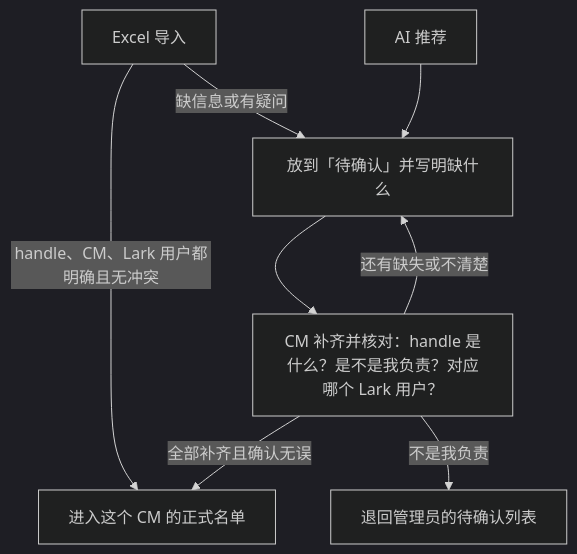
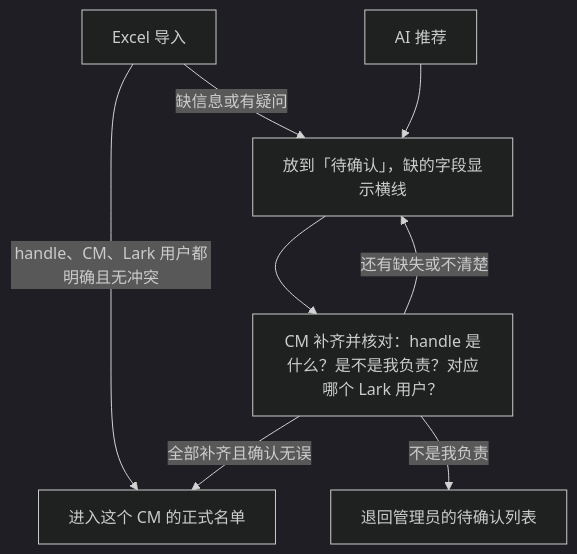
One commit to ttmedialondon/lark-cm-am-assistant changed the diagram in docs/product/creator-cm-two-source-plan-v0.3.md. Above: the diagram before and after it, drawn with Mermaid (dark theme). The commit also changed other lines of this file and 2 other files, not shown here.

````diff
--- a/docs/product/creator-cm-two-source-plan-v0.3.md
+++ b/docs/product/creator-cm-two-source-plan-v0.3.md
@@ -9,10 +9,10 @@
 ```mermaid
 flowchart TD
     A["Excel 导入"] -->|handle、CM、Lark 用户都明确且无冲突|D["进入这个 CM 的正式名单"]
-    A -->|缺信息或有疑问|C["放到「待确认」并写明缺什么"]
+    A -->|缺信息或有疑问|C["放到「待确认」，缺的字段显示横线"]
     B["AI 推荐"] -->C
     C -->E["CM 补齐并核对：handle 是什么？是不是我负责？对应哪个 Lark 用户？"]
     E -->|全部补齐且确认无误|D
     E -->|还有缺失或不清楚|C
     E -->|不是我负责|F["退回管理员的待确认列表"]
 ```
````
